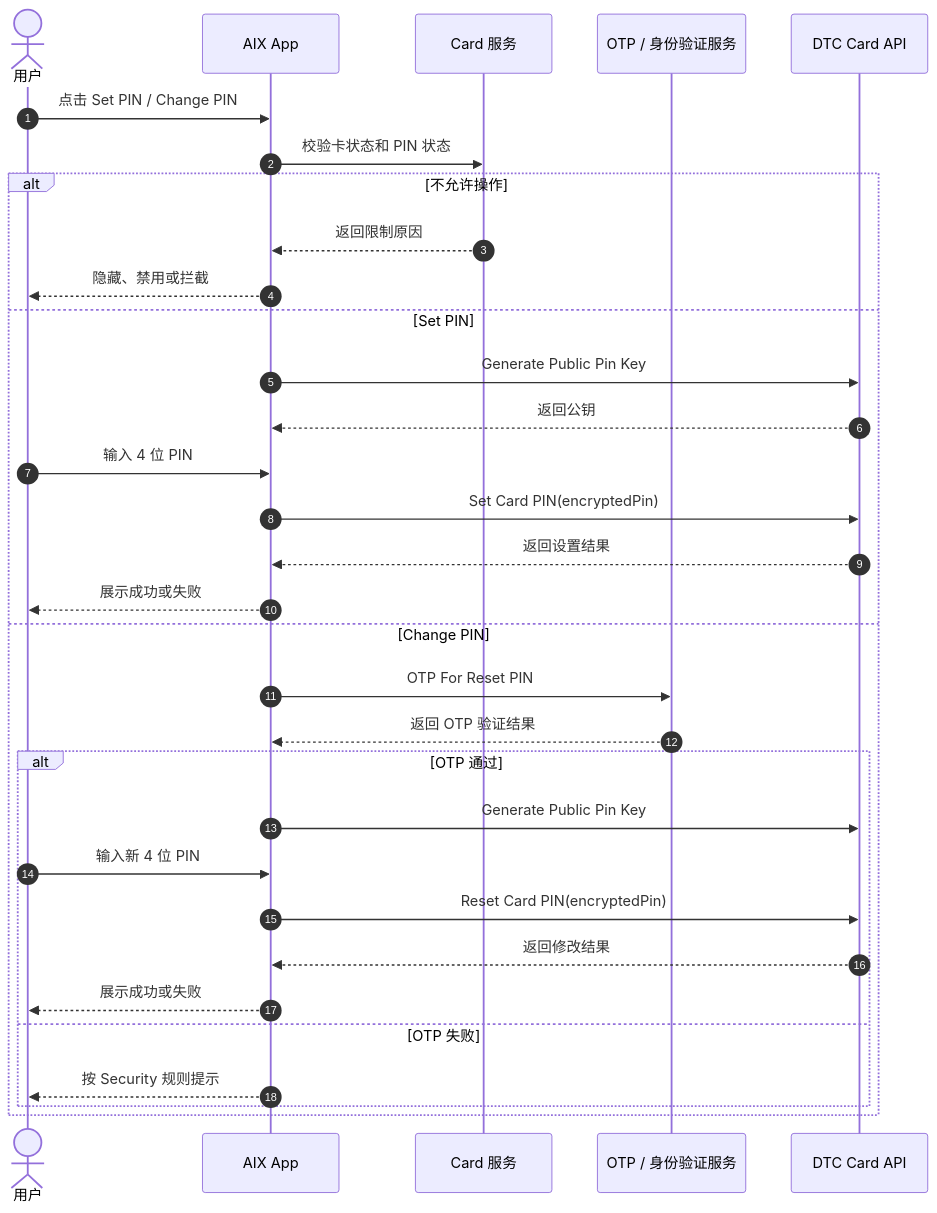
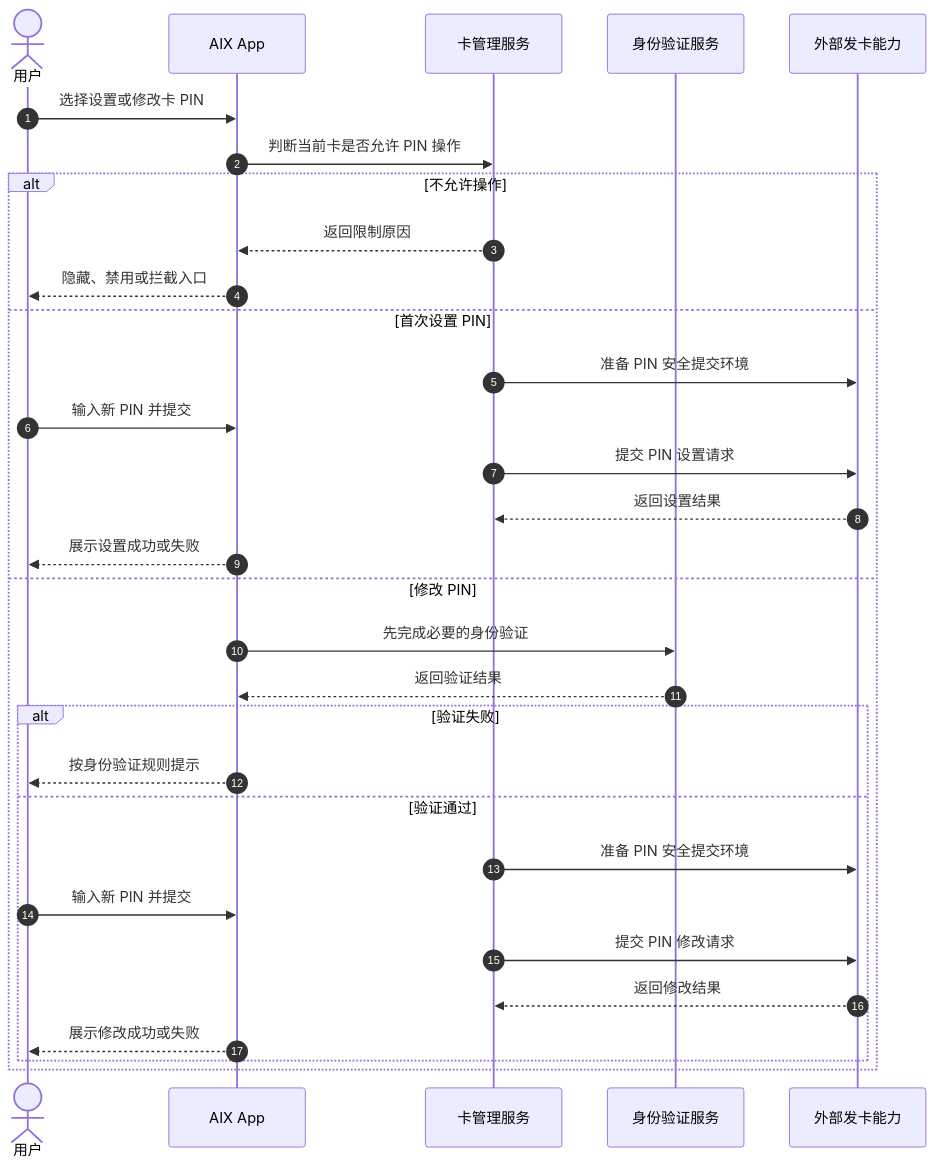
Before and after one commit to kelvin381539960-cyber/prd-for-ai: the first of 2 diagrams in knowledge-base/card/manage/pin.md, drawn with Mermaid.

Commit message:
Make PIN sequence diagram business-oriented

````diff
--- a/knowledge-base/card/manage/pin.md
+++ b/knowledge-base/card/manage/pin.md
@@ -63,35 +63,34 @@
 ```mermaid
 sequenceDiagram
     autonumber
     actor 用户
     participant App as AIX App
-    participant Card as Card 服务
-    participant Security as OTP / 身份验证服务
-    participant DTC as DTC Card API
+    participant Card as 卡管理服务
+    participant Security as 身份验证服务
+    participant External as 外部发卡能力
 
-    用户->>App: 点击 Set PIN / Change PIN
-    App->>Card: 校验卡状态和 PIN 状态
+    用户->>App: 选择设置或修改卡 PIN
+    App->>Card: 判断当前卡是否允许 PIN 操作
     alt 不允许操作
         Card-->>App: 返回限制原因
-        App-->>用户: 隐藏、禁用或拦截
-    else Set PIN
-        App->>DTC: Generate Public Pin Key
-        DTC-->>App: 返回公钥
-        用户->>App: 输入 4 位 PIN
-        App->>DTC: Set Card PIN(encryptedPin)
-        DTC-->>App: 返回设置结果
-        App-->>用户: 展示成功或失败
-    else Change PIN
-        App->>Security: OTP For Reset PIN
-        Security-->>App: 返回 OTP 验证结果
-        alt OTP 通过
-            App->>DTC: Generate Public Pin Key
-            用户->>App: 输入新 4 位 PIN
-            App->>DTC: Reset Card PIN(encryptedPin)
-            DTC-->>App: 返回修改结果
-            App-->>用户: 展示成功或失败
-        else OTP 失败
-            App-->>用户: 按 Security 规则提示
+        App-->>用户: 隐藏、禁用或拦截入口
+    else 首次设置 PIN
+        Card->>External: 准备 PIN 安全提交环境
+        用户->>App: 输入新 PIN 并提交
+        Card->>External: 提交 PIN 设置请求
+        External-->>Card: 返回设置结果
+        App-->>用户: 展示设置成功或失败
+    else 修改 PIN
+        App->>Security: 先完成必要的身份验证
+        Security-->>App: 返回验证结果
+        alt 验证失败
+            App-->>用户: 按身份验证规则提示
+        else 验证通过
+            Card->>External: 准备 PIN 安全提交环境
+            用户->>App: 输入新 PIN 并提交
+            Card->>External: 提交 PIN 修改请求
+            External-->>Card: 返回修改结果
+            App-->>用户: 展示修改成功或失败
         end
     end
 ```
````
